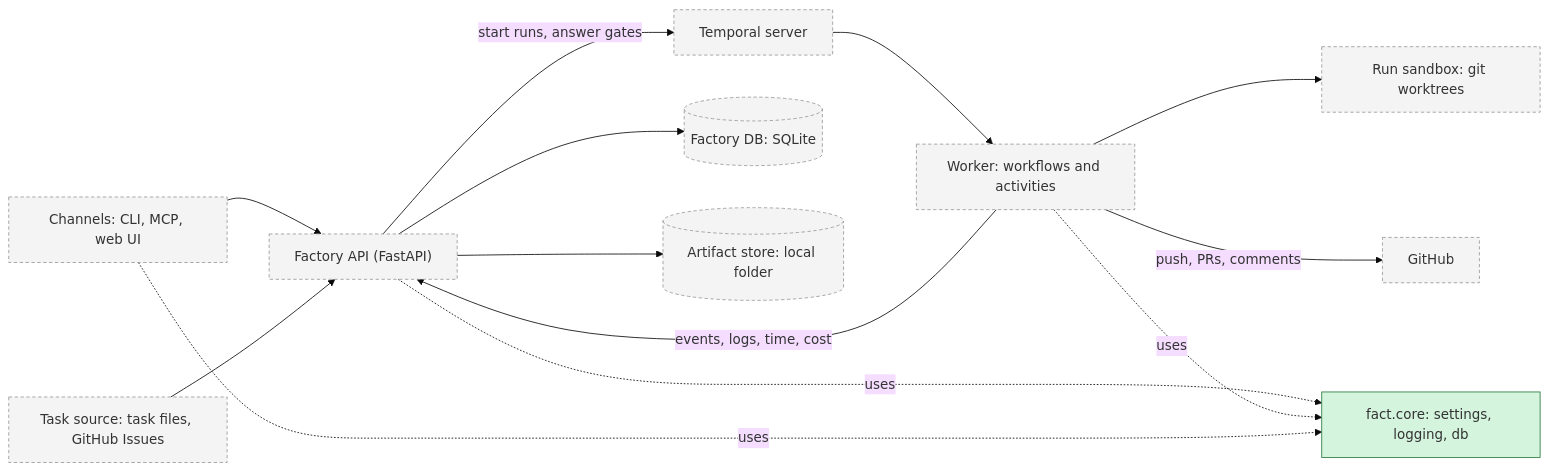
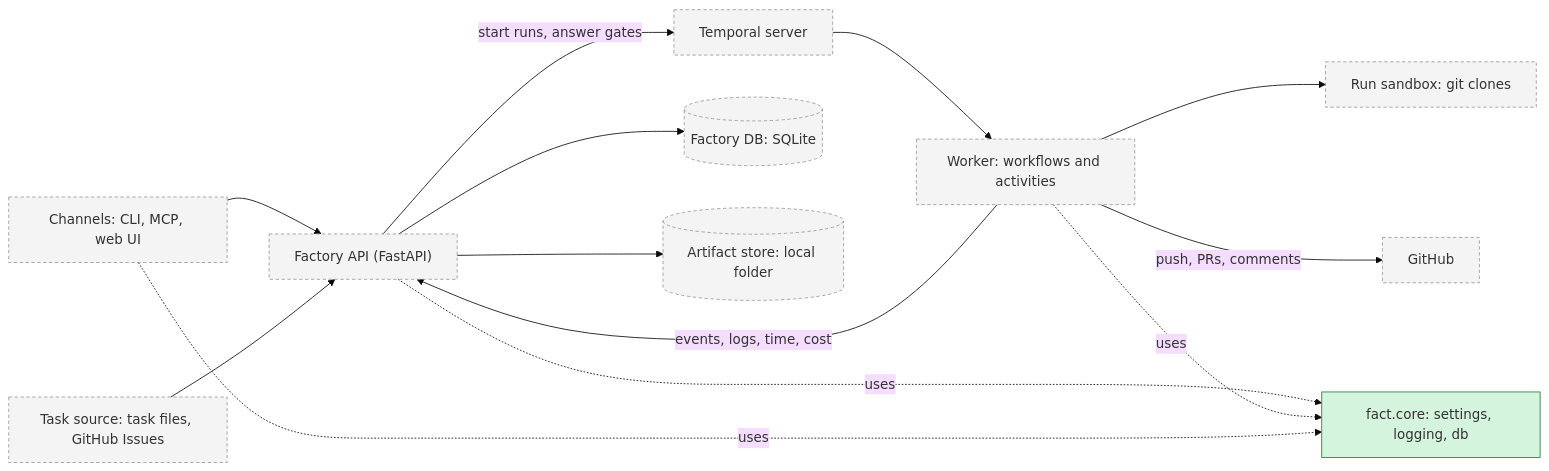
One commit to Kahncode/fact changed the first of 3 diagrams in docs/ARCHITECTURE.md. Above: the diagram before and after it, drawn with Mermaid (base theme). The commit also changed other lines of this file and 60 other files, not shown here.

````diff
--- a/docs/ARCHITECTURE.md
+++ b/docs/ARCHITECTURE.md
@@ -11,20 +11,20 @@
 ```mermaid
 flowchart LR
     CH["Channels: CLI, MCP, web UI"]:::planned --> API["Factory API (FastAPI)"]:::planned
     TS["Task source: task files, GitHub Issues"]:::planned --> API
     API -->|start runs, answer gates| T["Temporal server"]:::planned
     T --> W["Worker: workflows and activities"]:::planned
-    W --> SB["Run sandbox: git worktrees"]:::planned
+    W --> SB["Run sandbox: git clones"]:::planned
     W -->|push, PRs, comments| GH["GitHub"]:::planned
     W -->|events, logs, time, cost| API
     API --> DB[("Factory DB: SQLite")]:::planned
     API --> AS[("Artifact store: local folder")]:::planned
 
     CORE["fact.core: settings, logging, db"]:::exists
     API -.uses.-> CORE
     W -.uses.-> CORE
     CH -.uses.-> CORE
 
     classDef exists fill:#d4f4dd,stroke:#2d7a3e;
     classDef planned fill:#f4f4f4,stroke:#999,stroke-dasharray: 4 3;
 ```
````
